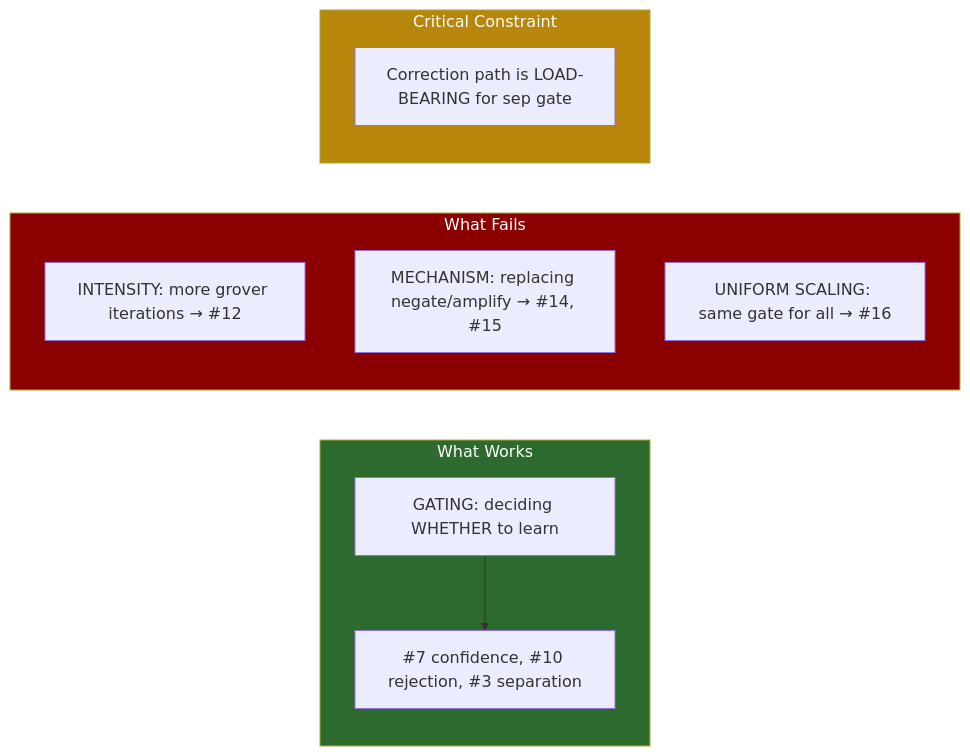
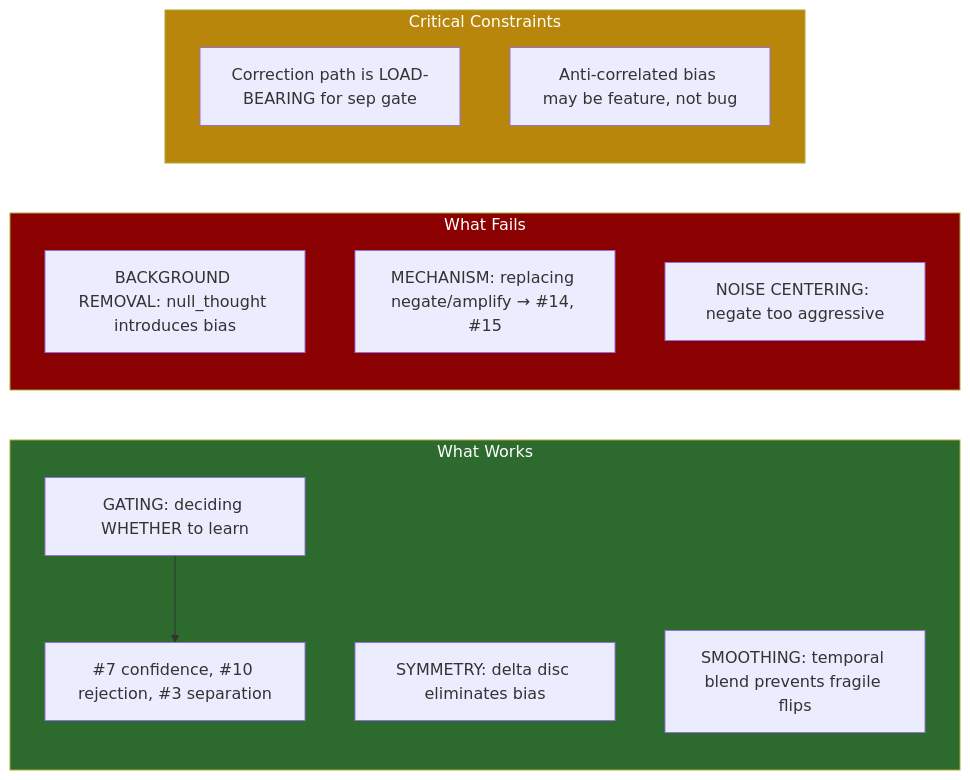
The fourth of 4 diagrams in EXPERIMENT_LOG.md (watmin/holon-lab-trading), drawn with Mermaid before and after one commit. The commit also changed other lines of this file and 1 other file, not shown here.

First line of the commit message:
docs: update experiment log and next moves for delta discriminant era

````diff
--- a/EXPERIMENT_LOG.md
+++ b/EXPERIMENT_LOG.md
@@ -124,20 +187,23 @@
 ```mermaid
 flowchart LR
     subgraph WORKS["What Works"]
         L1["GATING: deciding WHETHER to learn"]
+        L6["SYMMETRY: delta disc eliminates bias"]
+        L7["SMOOTHING: temporal blend prevents fragile flips"]
         WIN["#7 confidence, #10 rejection, #3 separation"]
     end
     subgraph FAILS["What Fails"]
-        L2["INTENSITY: more grover iterations → #12"]
+        L2["BACKGROUND REMOVAL: null_thought introduces bias"]
         L3["MECHANISM: replacing negate/amplify → #14, #15"]
-        L4["UNIFORM SCALING: same gate for all → #16"]
+        L4["NOISE CENTERING: negate too aggressive"]
     end
-    subgraph CRITICAL["Critical Constraint"]
+    subgraph CRITICAL["Critical Constraints"]
         L5["Correction path is LOAD-BEARING for sep gate"]
+        L8["Anti-correlated bias may be feature, not bug"]
     end
 
     L1 --> WIN
     style WORKS fill:#2d6a2d,color:#fff
     style FAILS fill:#8b0000,color:#fff
     style CRITICAL fill:#b8860b,color:#fff
 ```
````
